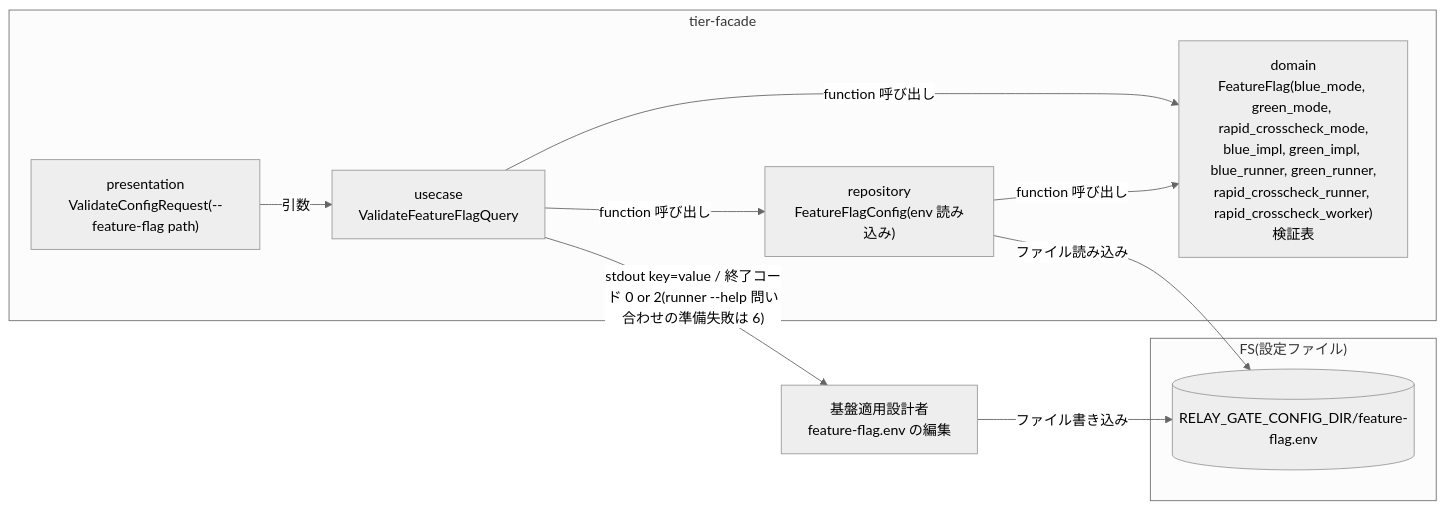
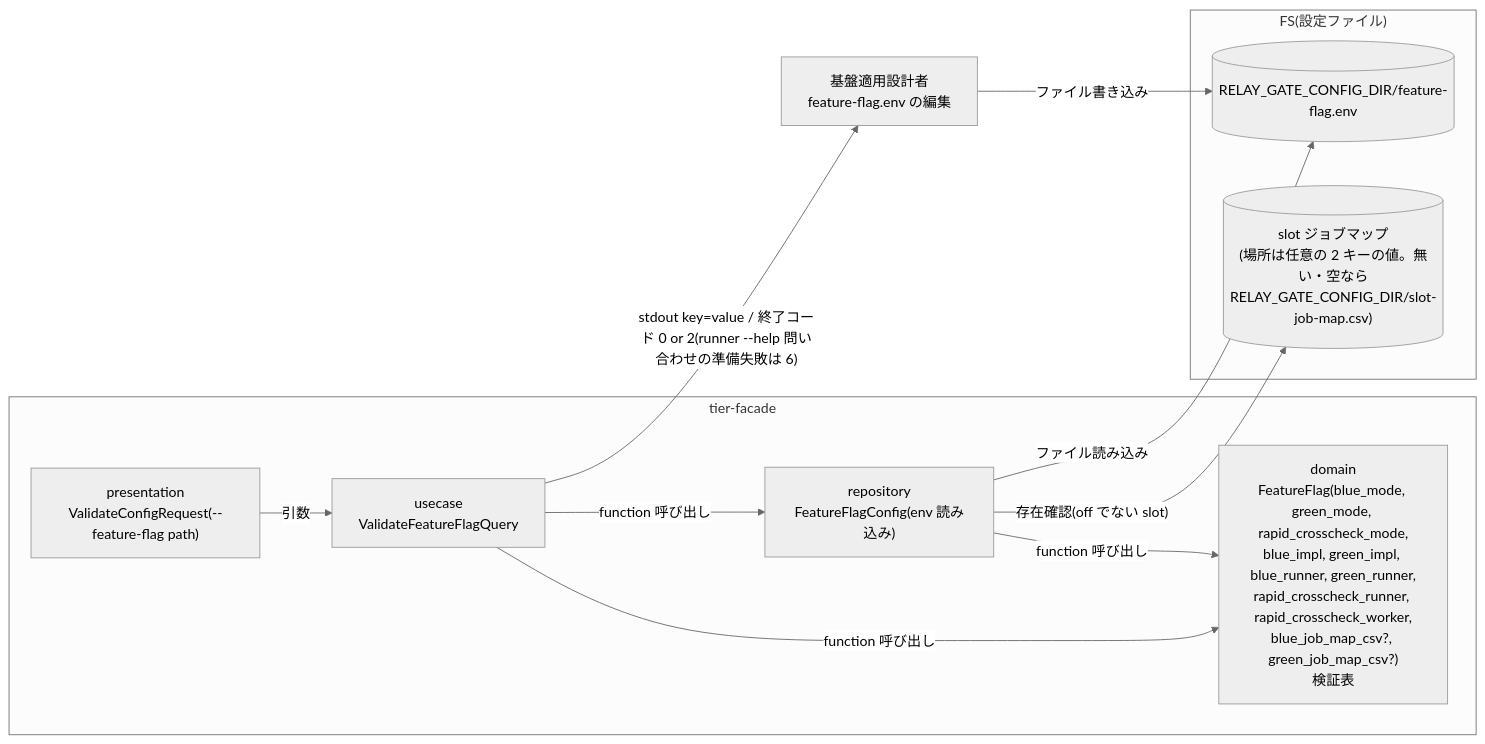
The first of 2 diagrams in docs/specs/latest/適用構成業務/適用構成定義フロー/feature flag を設定する/spec.md (suwa-sh/relay-gate), drawn with Mermaid (neutral theme) before and after one commit. The commit also changed other lines of this file and 1190 other files, not shown here.

First line of the commit message:
feat: feature flag を設定する (#18)

````diff
--- a/docs/specs/latest/適用構成業務/適用構成定義フロー/feature flag を設定する/spec.md
+++ b/docs/specs/latest/適用構成業務/適用構成定義フロー/feature flag を設定する/spec.md
@@ -9,20 +9,22 @@
 ```mermaid
 graph LR
   EDIT["基盤適用設計者\nfeature-flag.env の編集"]
   subgraph FACADE["tier-facade"]
     P["presentation\nValidateConfigRequest(--feature-flag path)"]
     U["usecase\nValidateFeatureFlagQuery"]
-    D["domain\nFeatureFlag(blue_mode, green_mode, rapid_crosscheck_mode,\nblue_impl, green_impl, blue_runner, green_runner,\nrapid_crosscheck_runner, rapid_crosscheck_worker)\n検証表"]
+    D["domain\nFeatureFlag(blue_mode, green_mode, rapid_crosscheck_mode,\nblue_impl, green_impl, blue_runner, green_runner,\nrapid_crosscheck_runner, rapid_crosscheck_worker,\nblue_job_map_csv?, green_job_map_csv?)\n検証表"]
     R["repository\nFeatureFlagConfig(env 読み込み)"]
     P -->|"引数"| U
     U -->|"function 呼び出し"| R
     R -->|"function 呼び出し"| D
     U -->|"function 呼び出し"| D
   end
   subgraph FS["FS(設定ファイル)"]
     CFG[("RELAY_GATE_CONFIG_DIR/feature-flag.env")]
+    MAP[("slot ジョブマップ\n(場所は任意の 2 キーの値。無い・空なら\nRELAY_GATE_CONFIG_DIR/slot-job-map.csv)")]
   end
   EDIT -->|"ファイル書き込み"| CFG
   R -->|"ファイル読み込み"| CFG
+  R -->|"存在確認(off でない slot)"| MAP
   U -->|"stdout key=value / 終了コード 0 or 2(runner --help 問い合わせの準備失敗は 6)"| EDIT
 ```
````
